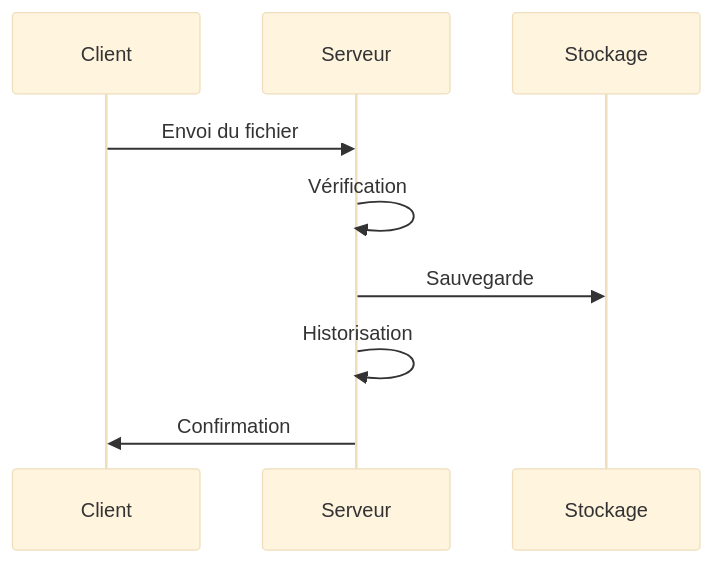
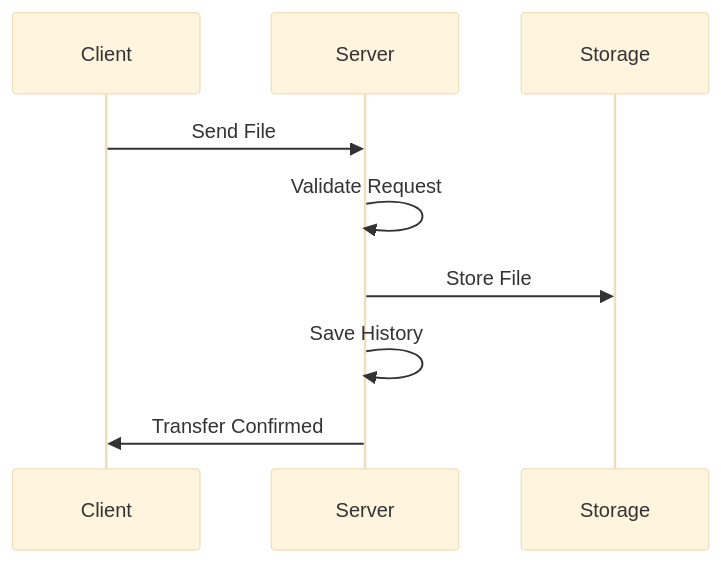
Before and after one commit to omarbadrani/FileServer-Pro: the second of 3 diagrams in README.md, drawn with Mermaid (base theme). The commit also changed other lines of this file, not shown here.

````diff
--- a/README.md
+++ b/README.md
@@ -107,13 +111,13 @@
 ```mermaid
 sequenceDiagram
 
 participant Client
-participant Serveur
-participant Stockage
+participant Server
+participant Storage
 
-Client->>Serveur: Envoi du fichier
-Serveur->>Serveur: Vérification
-Serveur->>Stockage: Sauvegarde
-Serveur->>Serveur: Historisation
-Serveur->>Client: Confirmation
+Client->>Server: Send File
+Server->>Server: Validate Request
+Server->>Storage: Store File
+Server->>Server: Save History
+Server->>Client: Transfer Confirmed
 ```
````
